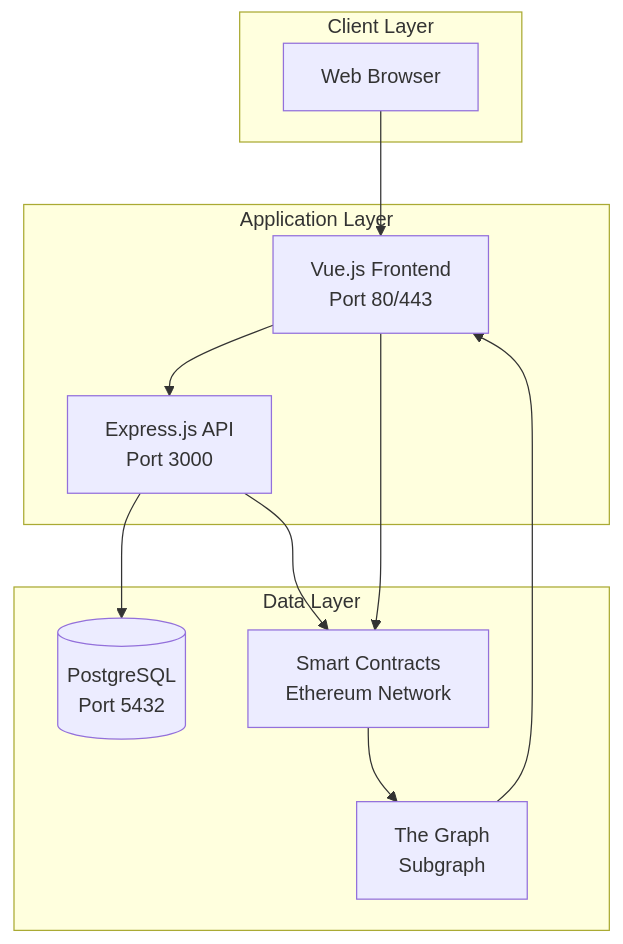
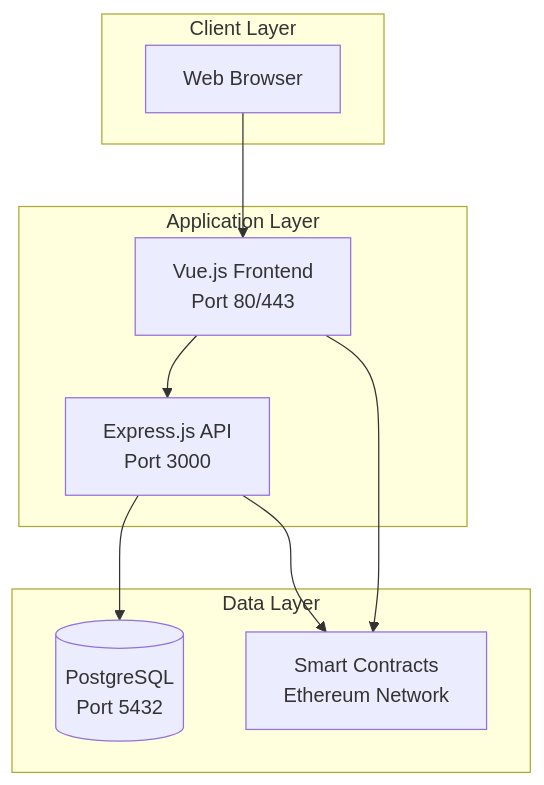
The diagram in docs/platform/deployment.md (globe-and-citizen/cnc-portal), drawn with Mermaid before and after one commit. The commit also changed other lines of this file and 16 other files, not shown here.

Commit message:
docs: 📝 align guidance with the RPC event-feed architecture

````diff
--- a/docs/platform/deployment.md
+++ b/docs/platform/deployment.md
@@ -16,25 +17,22 @@
 ```mermaid
 graph TB
     subgraph "Client Layer"
         Browser[Web Browser]
     end
 
     subgraph "Application Layer"
         Frontend[Vue.js Frontend<br/>Port 80/443]
         API[Express.js API<br/>Port 3000]
     end
 
     subgraph "Data Layer"
         DB[(PostgreSQL<br/>Port 5432)]
         Contracts[Smart Contracts<br/>Ethereum Network]
-        Subgraph[The Graph<br/>Subgraph]
     end
 
     Browser --> Frontend
     Frontend --> API
     Frontend --> Contracts
     API --> DB
     API --> Contracts
-    Contracts --> Subgraph
-    Subgraph --> Frontend
 ```
````
